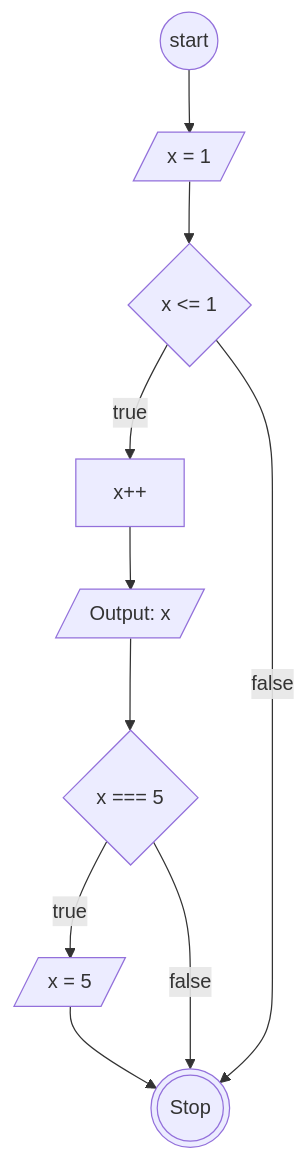
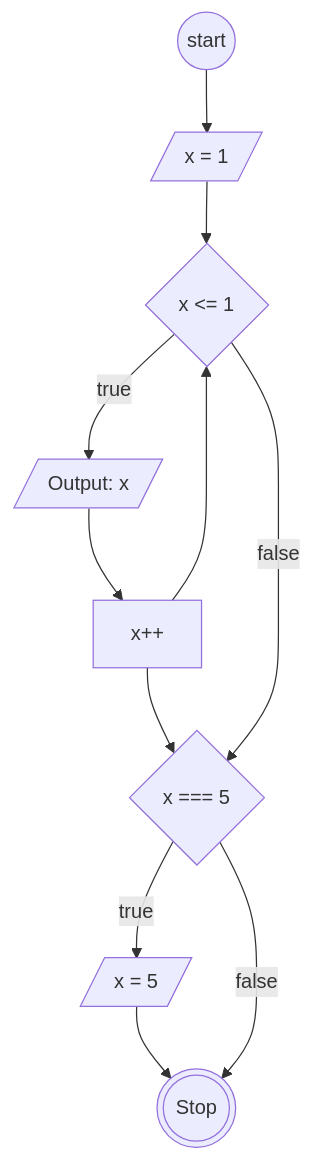
Before and after one commit to AbiPasundan/koda-b6-javascript1: the diagram in flowchart-loop.md, drawn with Mermaid.

````diff
--- a/flowchart-loop.md
+++ b/flowchart-loop.md
@@ -5,23 +5,24 @@
 ```mermaid
     flowchart TB
         Start@{ shape: circ, label: "start"}
 
         InitialVar@{ shape: lean-r, label: "x = 1"}
         Condition@{ shape: diamond, label: "x <= 1"}
         ConditionTrue@{ shape: rect, label: "x++"}
 
         ConditionTruePrint@{ shape: lean-r, label: "Output: x"}
 
         If@{ shape: diamond, label: "x === 5"}
         IfTrue@{ shape: lean-r, label: "x = 5"}
 
 
         Stop@{ shape: dbl-circ, label: "Stop"}
 
-        Start-->InitialVar-->Condition-->|true|ConditionTrue-->ConditionTruePrint-->If-->|true|IfTrue-->Stop
+        Start-->InitialVar-->Condition-->|true|ConditionTruePrint-->ConditionTrue-->If-->|true|IfTrue-->Stop
 
-        Condition-->|false|Stop
+        Condition-->|false|If
+        ConditionTrue-->Condition
 
         If-->|false|Stop
 
 ```
````
